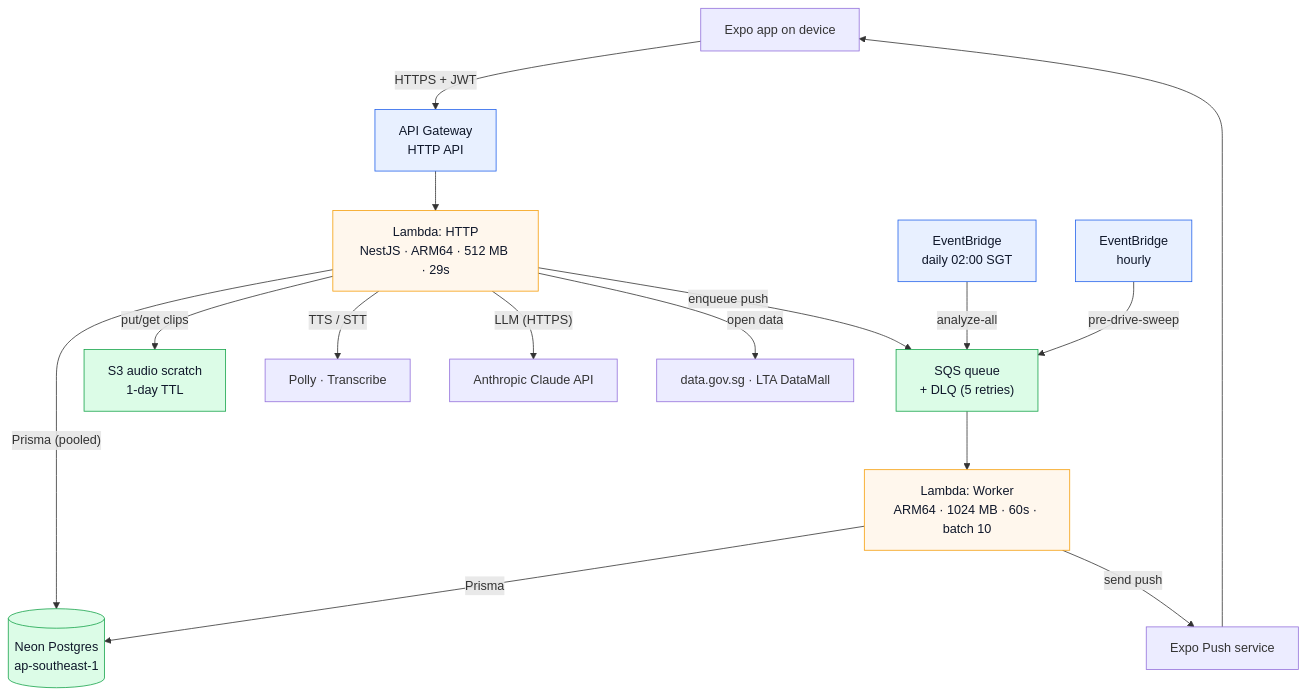
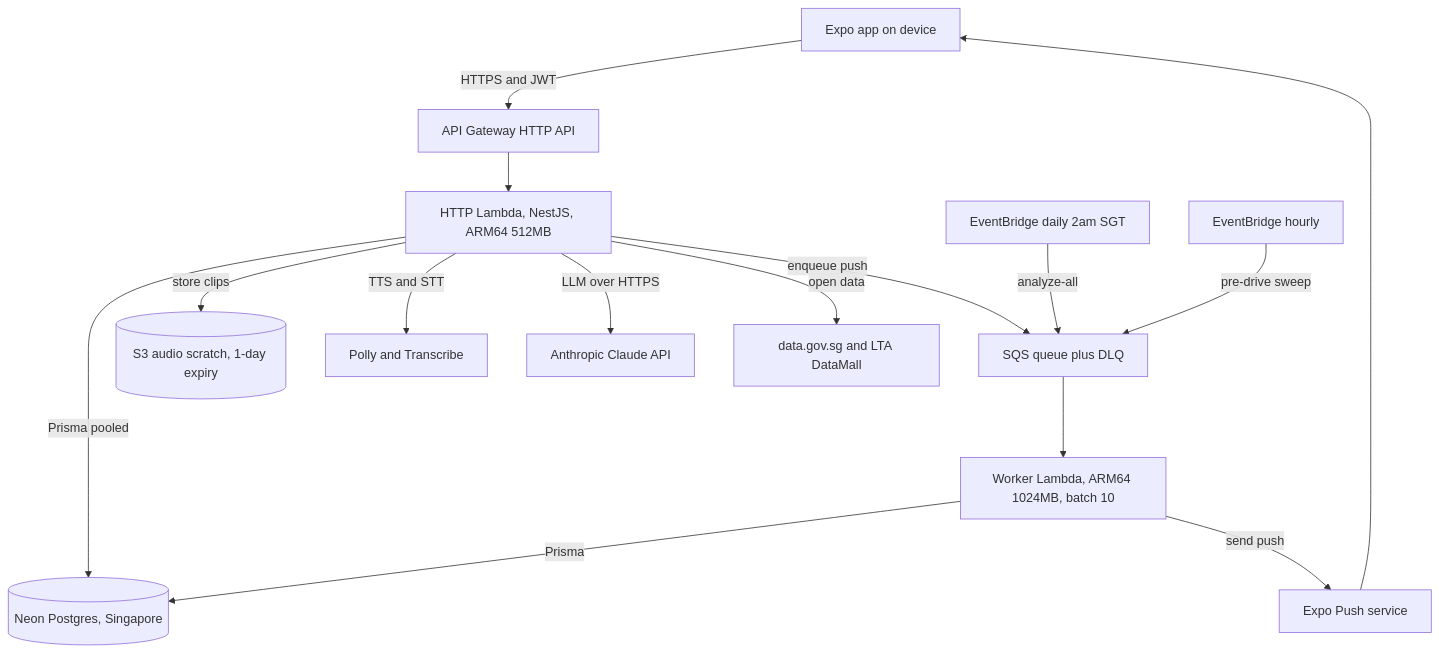
The fourth of 4 diagrams in README.md (elleskay/drivebuddy), drawn with Mermaid before and after one commit. The commit also changed other lines of this file, not shown here.

````diff
--- a/README.md
+++ b/README.md
@@ -238,29 +143,17 @@
 ```mermaid
 flowchart TB
-    App["Expo app on device"]
-
-    App -- "HTTPS + JWT" --> APIGW["API Gateway<br/>HTTP API"]
-    APIGW --> HTTP["Lambda: HTTP<br/>NestJS · ARM64 · 512 MB · 29s"]
-
-    HTTP -- "Prisma (pooled)" --> NEON[("Neon Postgres<br/>ap-southeast-1")]
-    HTTP -- "enqueue push" --> SQS["SQS queue<br/>+ DLQ (5 retries)"]
-    HTTP -- "put/get clips" --> S3["S3 audio scratch<br/>1-day TTL"]
-    HTTP -- "TTS / STT" --> AISVC["Polly · Transcribe"]
-    HTTP -- "LLM (HTTPS)" --> CLAUDE["Anthropic Claude API"]
-    HTTP -- "open data" --> EXT["data.gov.sg · LTA DataMall"]
-
-    EB1["EventBridge<br/>daily 02:00 SGT"] -- "analyze-all" --> SQS
-    EB2["EventBridge<br/>hourly"] -- "pre-drive-sweep" --> SQS
-
-    SQS --> WORKER["Lambda: Worker<br/>ARM64 · 1024 MB · 60s · batch 10"]
-    WORKER -- "Prisma" --> NEON
-    WORKER -- "send push" --> EXPO["Expo Push service"]
+    App[Expo app on device] -->|HTTPS and JWT| APIGW[API Gateway HTTP API]
+    APIGW --> HTTP[HTTP Lambda, NestJS, ARM64 512MB]
+    HTTP -->|Prisma pooled| NEON[(Neon Postgres, Singapore)]
+    HTTP -->|enqueue push| SQS[SQS queue plus DLQ]
+    HTTP -->|store clips| S3[(S3 audio scratch, 1-day expiry)]
+    HTTP -->|TTS and STT| AISVC[Polly and Transcribe]
+    HTTP -->|LLM over HTTPS| CLAUDE[Anthropic Claude API]
+    HTTP -->|open data| EXT[data.gov.sg and LTA DataMall]
+    EB1[EventBridge daily 2am SGT] -->|analyze-all| SQS
+    EB2[EventBridge hourly] -->|pre-drive sweep| SQS
+    SQS --> WORKER[Worker Lambda, ARM64 1024MB, batch 10]
+    WORKER -->|Prisma| NEON
+    WORKER -->|send push| EXPO[Expo Push service]
     EXPO --> App
-
-    classDef compute fill:#fff7ed,stroke:#f59e0b,color:#0f172a;
-    classDef data fill:#dcfce7,stroke:#16a34a,color:#0f172a;
-    classDef edge fill:#e8f0ff,stroke:#2563eb,color:#0f172a;
-    class HTTP,WORKER compute;
-    class NEON,S3,SQS data;
-    class APIGW,EB1,EB2 edge;
 ```
````
